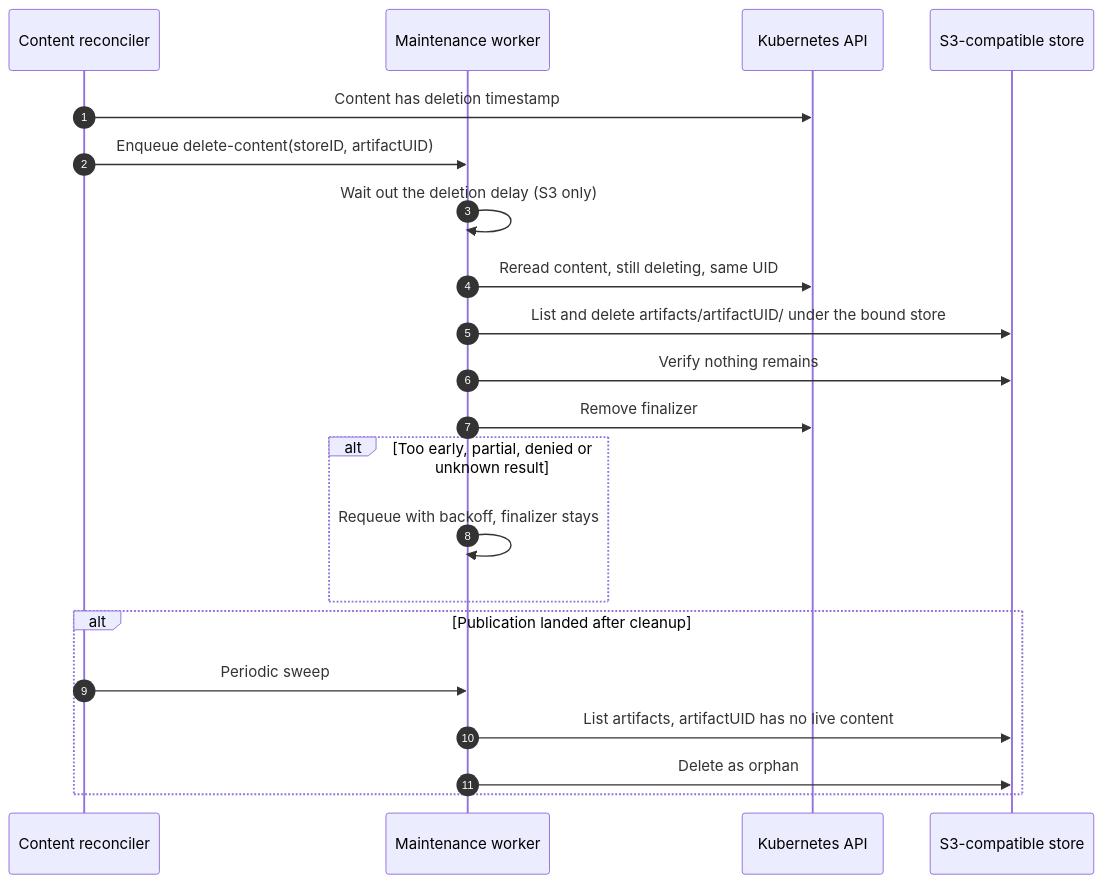
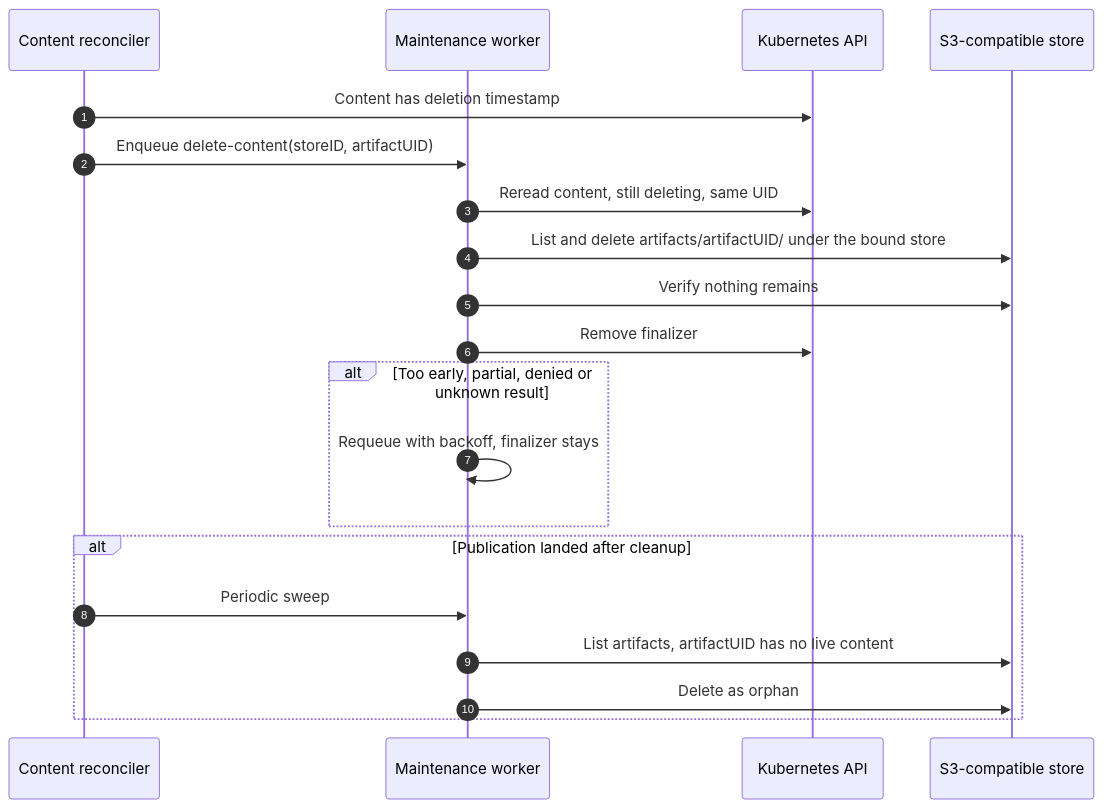
One commit to AlanFokCo/snapshot changed the fourth of 4 diagrams in docs/proposals/237-s3-storage/README.md. Above: the diagram before and after it, drawn with Mermaid. The commit also changed other lines of this file, not shown here.

First line of the commit message:
docs(SNEP-237): delete S3 artifacts immediately, drop the deletion delay

````diff
--- a/docs/proposals/237-s3-storage/README.md
+++ b/docs/proposals/237-s3-storage/README.md
@@ -169,23 +170,22 @@
 ```mermaid
 sequenceDiagram
     autonumber
     participant Rec as Content reconciler
     participant W as Maintenance worker
     participant API as Kubernetes API
     participant S3 as S3-compatible store
     Rec->>API: Content has deletion timestamp
     Rec->>W: Enqueue delete-content(storeID, artifactUID)
-    W->>W: Wait out the deletion delay (S3 only)
     W->>API: Reread content, still deleting, same UID
     W->>S3: List and delete artifacts/artifactUID/ under the bound store
     W->>S3: Verify nothing remains
     W->>API: Remove finalizer
     alt Too early, partial, denied or unknown result
         W->>W: Requeue with backoff, finalizer stays
     end
     alt Publication landed after cleanup
         Rec->>W: Periodic sweep
         W->>S3: List artifacts, artifactUID has no live content
         W->>S3: Delete as orphan
     end
 ```
````
